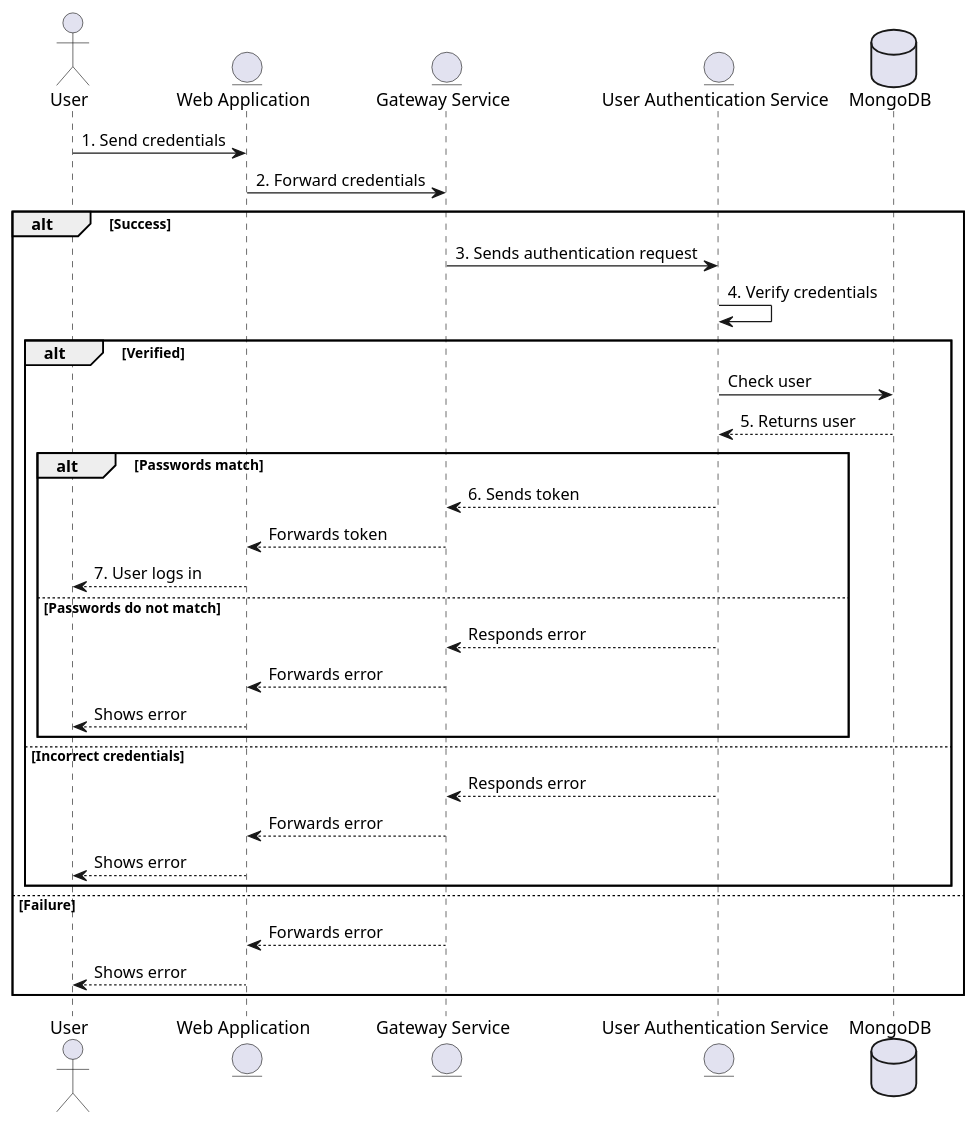
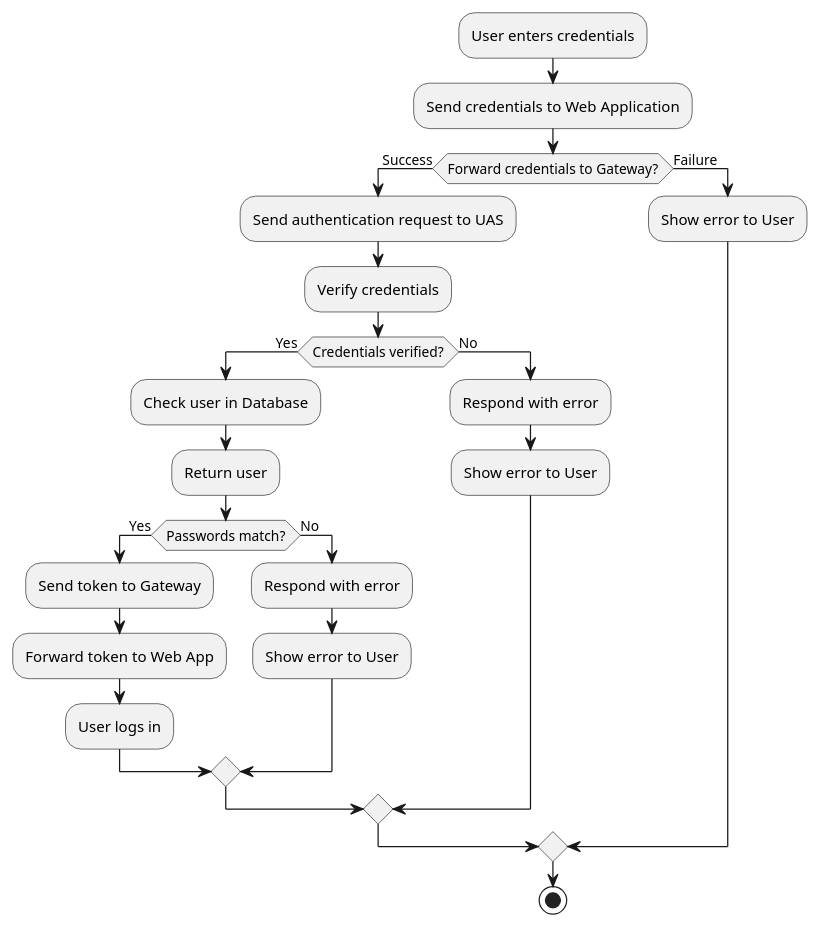
Before and after one commit to Arquisoft/wichat_en2b: the second of 3 diagrams in docs/src/06_runtime_view.adoc, drawn with PlantUML.

Commit message:
#37 - Login diagram refactored

```diff
--- a/docs/src/06_runtime_view.adoc
+++ b/docs/src/06_runtime_view.adoc
@@ -69,41 +69,31 @@
 [plantuml,"Login diagram",png]
 ----
-actor User
-entity WA as "Web Application"
-entity GS as "Gateway Service"
-entity UAS as "User Authentication Service"
-database DB as "MongoDB"
+:User enters credentials;
+:Send credentials to Web Application;
 
-User -> WA : 1. Send credentials
-WA -> GS : 2. Forward credentials
+if (Forward credentials to Gateway?) then (Success)
+    :Send authentication request to UAS;
+    :Verify credentials;
 
-alt Success
-    GS -> UAS : 3. Sends authentication request
-    UAS -> UAS : 4. Verify credentials
+    if (Credentials verified?) then (Yes)
+        :Check user in Database;
+        :Return user;
 
-    alt Verified
-        UAS -> DB : Check user
-        UAS <-- DB : 5. Returns user
+        if (Passwords match?) then (Yes)
+            :Send token to Gateway;
+            :Forward token to Web App;
+            :User logs in;
+        else (No)
+            :Respond with error;
+            :Show error to User;
+        endif
+    else (No)
+        :Respond with error;
+        :Show error to User;
+    endif
+else (Failure)
+    :Show error to User;
+endif
 
-        alt Passwords match
-            GS <-- UAS : 6. Sends token
-            WA <-- GS : Forwards token
-            User <-- WA : 7. User logs in
-        
-        else Passwords do not match
-            GS <-- UAS : Responds error
-            WA <-- GS : Forwards error
-            User <-- WA : Shows error
-        end
-
-    else Incorrect credentials
-        GS <-- UAS : Responds error
-        WA <-- GS : Forwards error
-        User <-- WA : Shows error
-    end
-else Failure
-    WA <-- GS : Forwards error
-    User <-- WA : Shows error
-
-end
+stop
 ----
```
